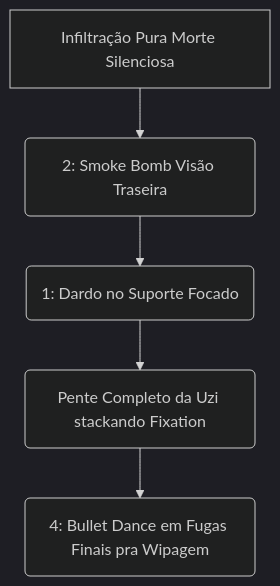
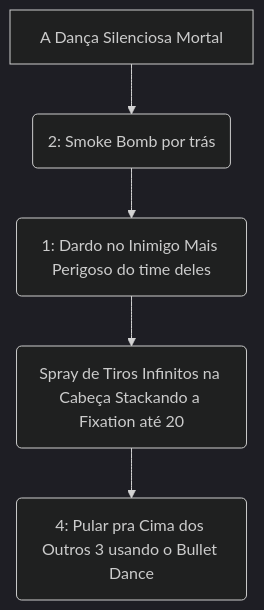
The diagram in HAZE/Guia_Definitivo_Haze.md (0xThiagoAmaral/deadlock-meta-hub), drawn with Mermaid (dark theme) before and after one commit. The commit also changed other lines of this file and 4 other files, not shown here.

````diff
--- a/HAZE/Guia_Definitivo_Haze.md
+++ b/HAZE/Guia_Definitivo_Haze.md
@@ -53,7 +45,7 @@
 ```mermaid
 graph TD
-    A[Infiltração Pura Morte Silenciosa] --> B(2: Smoke Bomb Visão Traseira)
-    B --> C(1: Dardo no Suporte Focado)
-    C --> D(Pente Completo da Uzi stackando Fixation)
-    D --> E(4: Bullet Dance em Fugas Finais pra Wipagem)
+    A[A Dança Silenciosa Mortal] --> B(2: Smoke Bomb por trás)
+    B --> C(1: Dardo no Inimigo Mais Perigoso do time deles)
+    C --> D(Spray de Tiros Infinitos na Cabeça Stackando a Fixation até 20)
+    D --> E(4: Pular pra Cima dos Outros 3 usando o Bullet Dance)
 ```
````
